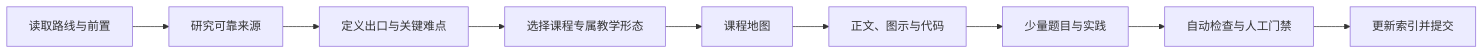
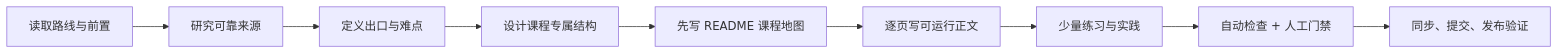
The diagram in standards/generation-workflow.md (PainterDiri/Game-Development-Knowledge), drawn with Mermaid before and after one commit. The commit also changed other lines of this file and 32 other files, not shown here.

````diff
--- a/standards/generation-workflow.md
+++ b/standards/generation-workflow.md
@@ -5,11 +5,11 @@
 ```mermaid
 flowchart LR
     A[读取路线与前置] --> B[研究可靠来源]
-    B --> C[定义出口与关键难点]
-    C --> D[选择课程专属教学形态]
-    D --> E[课程地图]
-    E --> F[正文、图示与代码]
-    F --> G[少量题目与实践]
-    G --> H[自动检查与人工门禁]
-    H --> I[更新索引并提交]
+    B --> C[定义出口与难点]
+    C --> D[设计课程专属结构]
+    D --> E[先写 README 课程地图]
+    E --> F[逐页写可运行正文]
+    F --> G[少量练习与实践]
+    G --> H[自动检查 + 人工门禁]
+    H --> I[同步、提交、发布验证]
 ```
````
